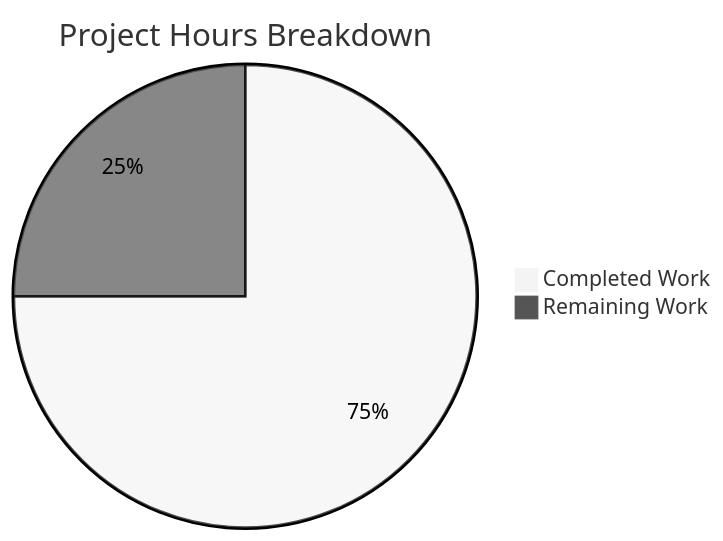
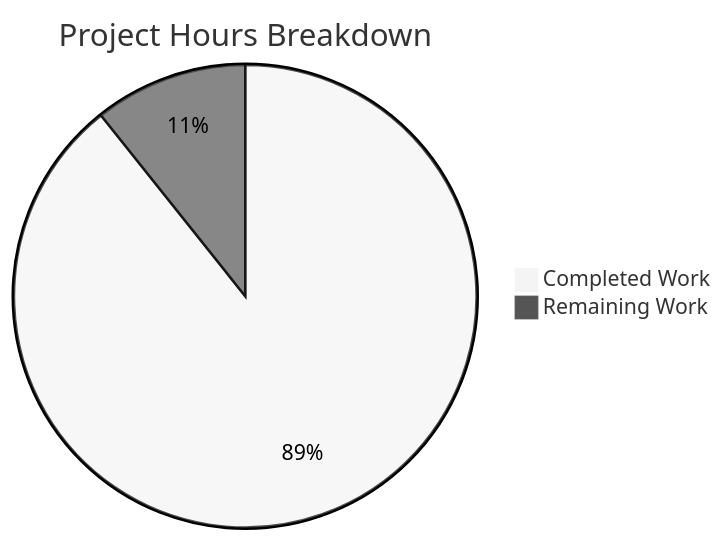
One commit to Sandeep01Kumar/10-dec-existing-projects-qa-test-1 changed the diagram in blitzy/documentation/Project Guide.md. Above: the diagram before and after it, drawn with Mermaid (neutral theme). The commit also changed other lines of this file, not shown here.

Commit message:
Adding Blitzy Project Guide: Project Status and Human Tasks Remaining

````diff
--- a/blitzy/documentation/Project Guide.md
+++ b/blitzy/documentation/Project Guide.md
@@ -63,5 +26,5 @@
 ```mermaid
 pie title Project Hours Breakdown
-    "Completed Work" : 18
-    "Remaining Work" : 6
+    "Completed Work" : 25
+    "Remaining Work" : 3
 ```
````
